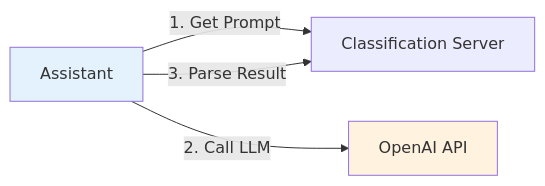
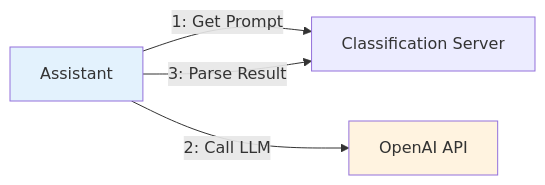
The second of 4 diagrams in simplified_flow_diagram.md (repque/support-assistant), drawn with Mermaid before and after one commit.

````diff
--- a/simplified_flow_diagram.md
+++ b/simplified_flow_diagram.md
@@ -51,9 +51,9 @@
 ```mermaid
 graph LR
-    A[Assistant] -->|1. Get Prompt| B[Classification Server]
-    A -->|2. Call LLM| C[OpenAI API]
-    A -->|3. Parse Result| B
+    A[Assistant] -->|1: Get Prompt| B[Classification Server]
+    A -->|2: Call LLM| C[OpenAI API]
+    A -->|3: Parse Result| B
     
     style A fill:#e3f2fd
     style C fill:#fff3e0
 ```
````
